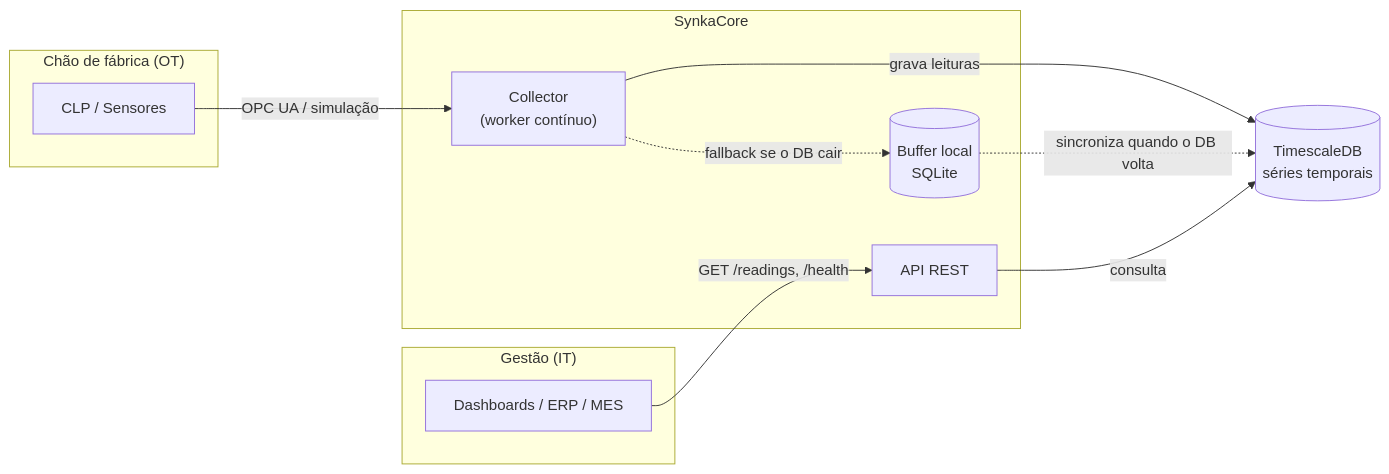
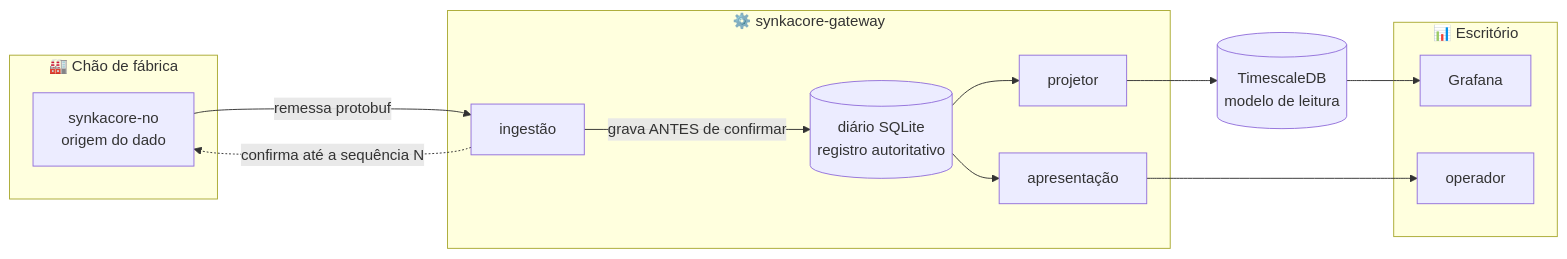
One commit to ViktorWalde/SynkaCore changed the first of 9 diagrams in docs/VISAO-GERAL.md. Above: the diagram before and after it, drawn with Mermaid. The commit also changed other lines of this file and 124 other files, not shown here.

First line of the commit message:
SynkaCore V2.0 — reescrita completa em Go, com contrato de fio e durabilidade estrutural

````diff
--- a/docs/VISAO-GERAL.md
+++ b/docs/VISAO-GERAL.md
@@ -13,22 +13,24 @@
 ```mermaid
 flowchart LR
-    subgraph OT["Chão de fábrica (OT)"]
-        CLP["CLP / Sensores"]
+    subgraph OT["🏭 Chão de fábrica"]
+        NO["synkacore-no<br/>origem do dado"]
     end
-    subgraph SC["SynkaCore"]
-        COL["Collector<br/>(worker contínuo)"]
-        BUF[("Buffer local<br/>SQLite")]
-        API["API REST"]
+    subgraph GW["⚙️ synkacore-gateway"]
+        ING["ingestão"]
+        DIA[("diário SQLite<br/>registro autoritativo")]
+        PRO["projetor"]
+        APR["apresentação"]
     end
-    DB[("TimescaleDB<br/>séries temporais")]
-    subgraph IT["Gestão (IT)"]
-        CONS["Dashboards / ERP / MES"]
+    subgraph IT["📊 Escritório"]
+        GRA["Grafana"]
+        OPE["operador"]
     end
+    TS[("TimescaleDB<br/>modelo de leitura")]
 
-    CLP -->|"OPC UA / simulação"| COL
-    COL -->|"grava leituras"| DB
-    COL -.->|"fallback se o DB cair"| BUF
-    BUF -.->|"sincroniza quando o DB volta"| DB
-    API -->|"consulta"| DB
-    CONS -->|"GET /readings, /health"| API
+    NO -->|"remessa protobuf"| ING
+    ING -->|"grava ANTES de confirmar"| DIA
+    ING -.->|"confirma até a sequência N"| NO
+    DIA --> PRO --> TS
+    TS --> GRA
+    DIA --> APR --> OPE
 ```
````
